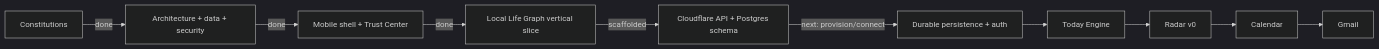
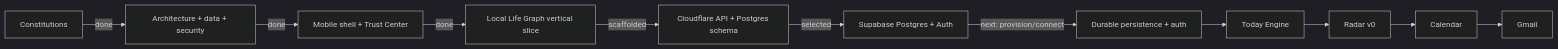
One commit to seq23/aplayer-mode changed the second of 2 diagrams in docs/README.md. Above: the diagram before and after it, drawn with Mermaid (dark theme). The commit also changed other lines of this file, not shown here.

````diff
--- a/docs/README.md
+++ b/docs/README.md
@@ -50,12 +52,13 @@
 ```mermaid
 flowchart LR
   A[Constitutions] -->|done| B[Architecture + data + security]
   B -->|done| C[Mobile shell + Trust Center]
   C -->|done| D[Local Life Graph vertical slice]
   D -->|scaffolded| E[Cloudflare API + Postgres schema]
-  E -->|next: provision/connect| F[Durable persistence + auth]
+  E -->|selected| S[Supabase Postgres + Auth]
+  S -->|next: provision/connect| F[Durable persistence + auth]
   F --> G[Today Engine]
   G --> H[Radar v0]
   H --> I[Calendar]
   I --> J[Gmail]
 ```
````
